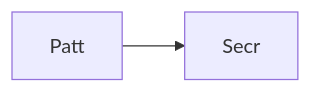
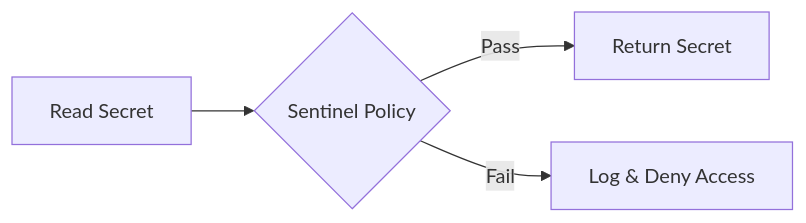
One commit to Devopstrio/vault-central-management changed the ninth of 10 diagrams in README.md. Above: the diagram before and after it, drawn with Mermaid. The commit also changed other lines of this file, not shown here.

Commit message:
docs: implement 10+ professional reference architectures and zero-trust model

````diff
--- a/README.md
+++ b/README.md
@@ -209,4 +232,6 @@
 ```mermaid
 graph LR
-    P[Patt] --> S[Secr]
+    Request[Read Secret] --> Sentinel{Sentinel Policy}
+    Sentinel -->|Pass| Success[Return Secret]
+    Sentinel -->|Fail| Deny[Log & Deny Access]
 ```
````
